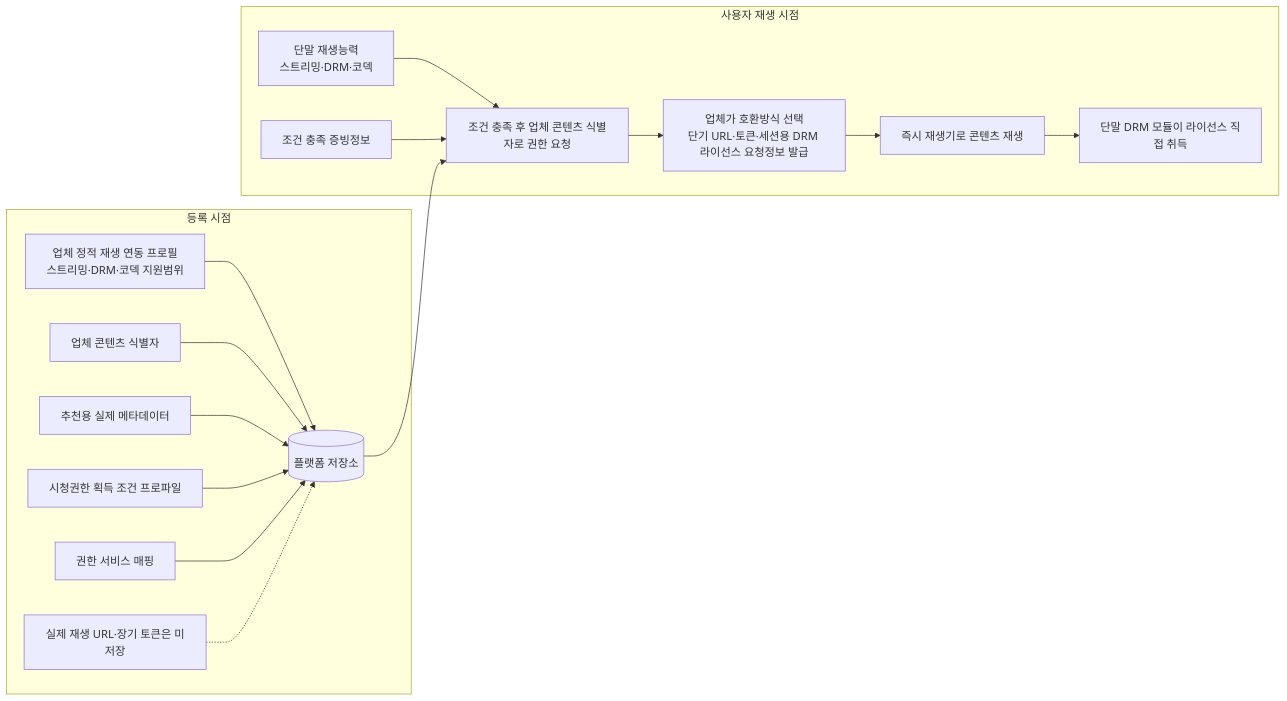
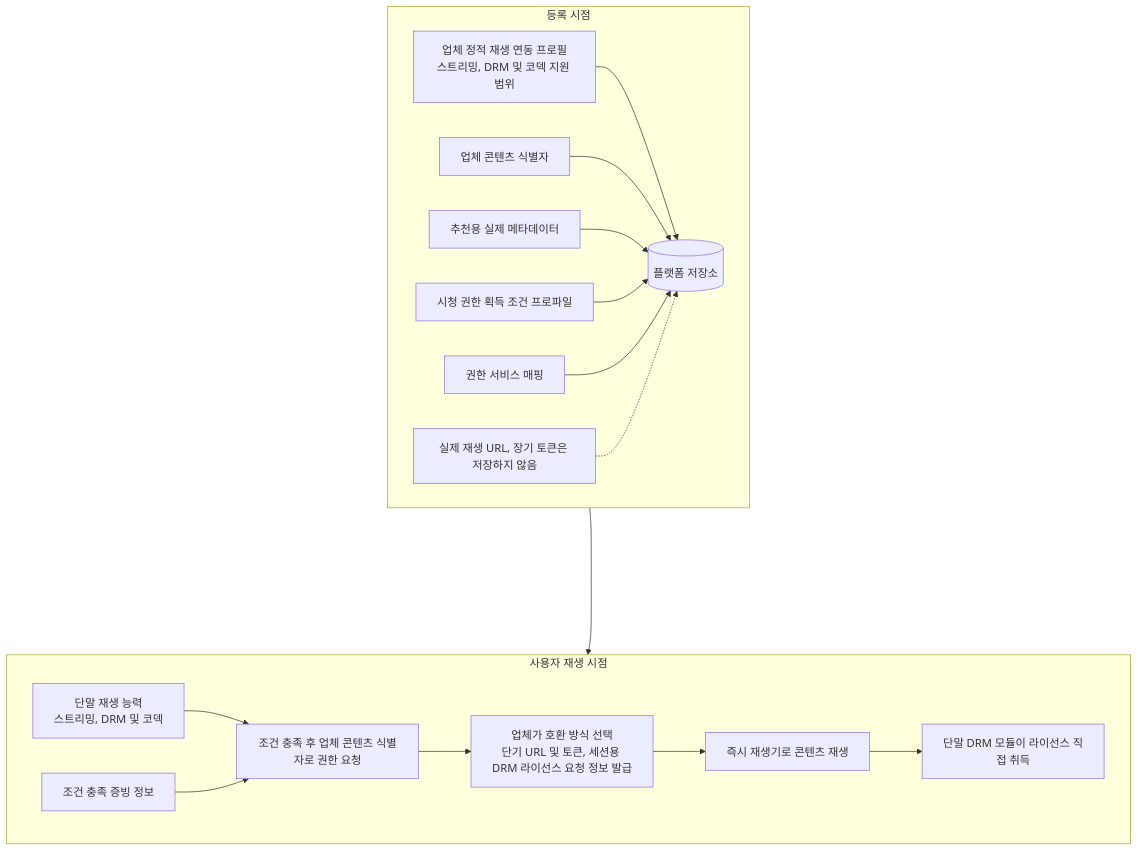
Before and after one commit to growdai1y/instant-play: the ninth of 11 diagrams in instant_play_직무발명서.md, drawn with Mermaid. The commit also changed other lines of this file, not shown here.

Commit message:
Polish invention disclosure wording and diagrams

````diff
--- a/instant_play_직무발명서.md
+++ b/instant_play_직무발명서.md
@@ -1097,27 +1259,37 @@
 ```mermaid
-flowchart LR
+flowchart TB
+    TOP_RIGHT[" "]:::hidden
+    BOTTOM_LEFT[" "]:::hidden
+
     subgraph REGISTER["등록 시점"]
-        PROFILE["업체 정적 재생 연동 프로필<br/>스트리밍·DRM·코덱 지원범위"]
+        direction LR
+        PROFILE["업체 정적 재생 연동 프로필<br/>스트리밍, DRM 및 코덱 지원 범위"]
         ID["업체 콘텐츠 식별자"]
         META["추천용 실제 메타데이터"]
-        COND["시청권한 획득 조건 프로파일"]
+        COND["시청 권한 획득 조건 프로파일"]
         MAP["권한 서비스 매핑"]
-        NOURL["실제 재생 URL·장기 토큰은 미저장"]
+        NOURL["실제 재생 URL, 장기 토큰은 저장하지 않음"]
         PROFILE --> STORE[("플랫폼 저장소")]
         ID --> STORE
         META --> STORE
         COND --> STORE
         MAP --> STORE
         NOURL -.-> STORE
     end
 
     subgraph RUNTIME["사용자 재생 시점"]
-        CAP["단말 재생능력<br/>스트리밍·DRM·코덱"] --> REQUEST["조건 충족 후 업체 콘텐츠 식별자로 권한 요청"]
-        CONDITION["조건 충족 증빙정보"] --> REQUEST
-        REQUEST --> RESPONSE["업체가 호환방식 선택<br/>단기 URL·토큰·세션용 DRM 라이선스 요청정보 발급"]
+        direction LR
+        CAP["단말 재생 능력<br/>스트리밍, DRM 및 코덱"] --> REQUEST["조건 충족 후 업체 콘텐츠 식별자로 권한 요청"]
+        CONDITION["조건 충족 증빙 정보"] --> REQUEST
+        REQUEST --> RESPONSE["업체가 호환 방식 선택<br/>단기 URL 및 토큰, 세션용 DRM 라이선스 요청 정보 발급"]
         RESPONSE --> PLAY["즉시 재생기로 콘텐츠 재생"]
         PLAY --> LICENSE["단말 DRM 모듈이 라이선스 직접 취득"]
     end
 
+    REGISTER ~~~ TOP_RIGHT
+    TOP_RIGHT ~~~ BOTTOM_LEFT
+    BOTTOM_LEFT ~~~ RUNTIME
     STORE --> REQUEST
+
+    classDef hidden fill:transparent,stroke:transparent,color:transparent;
 ```
````
